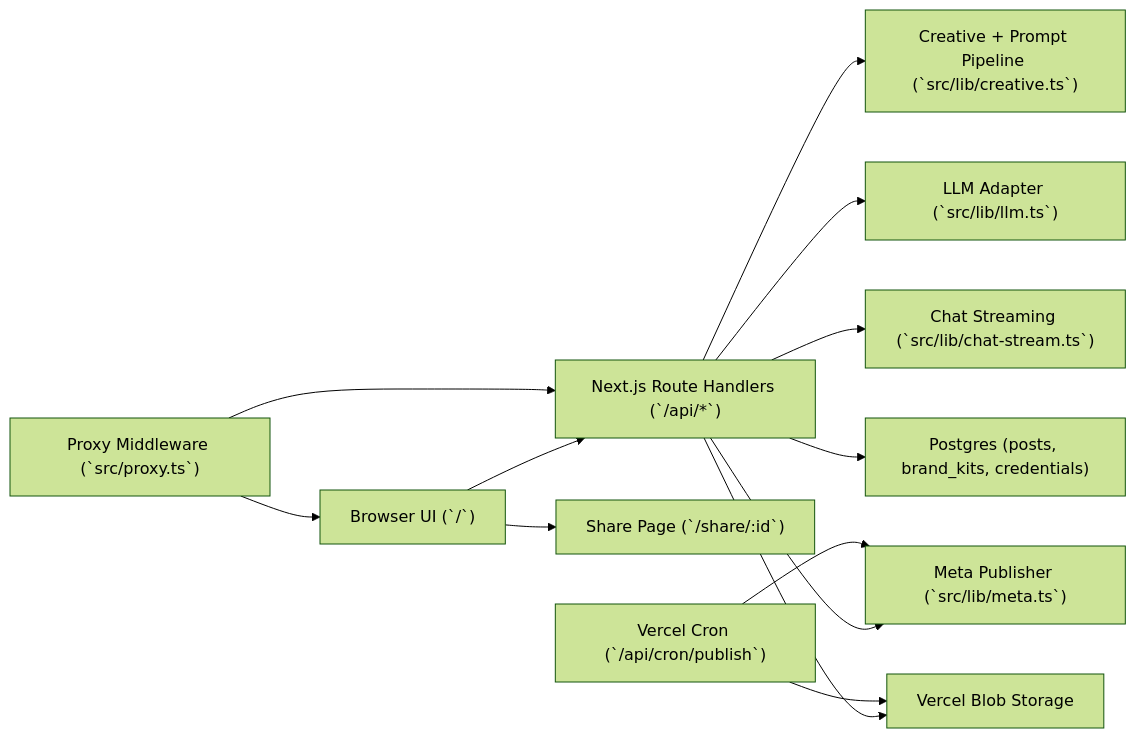
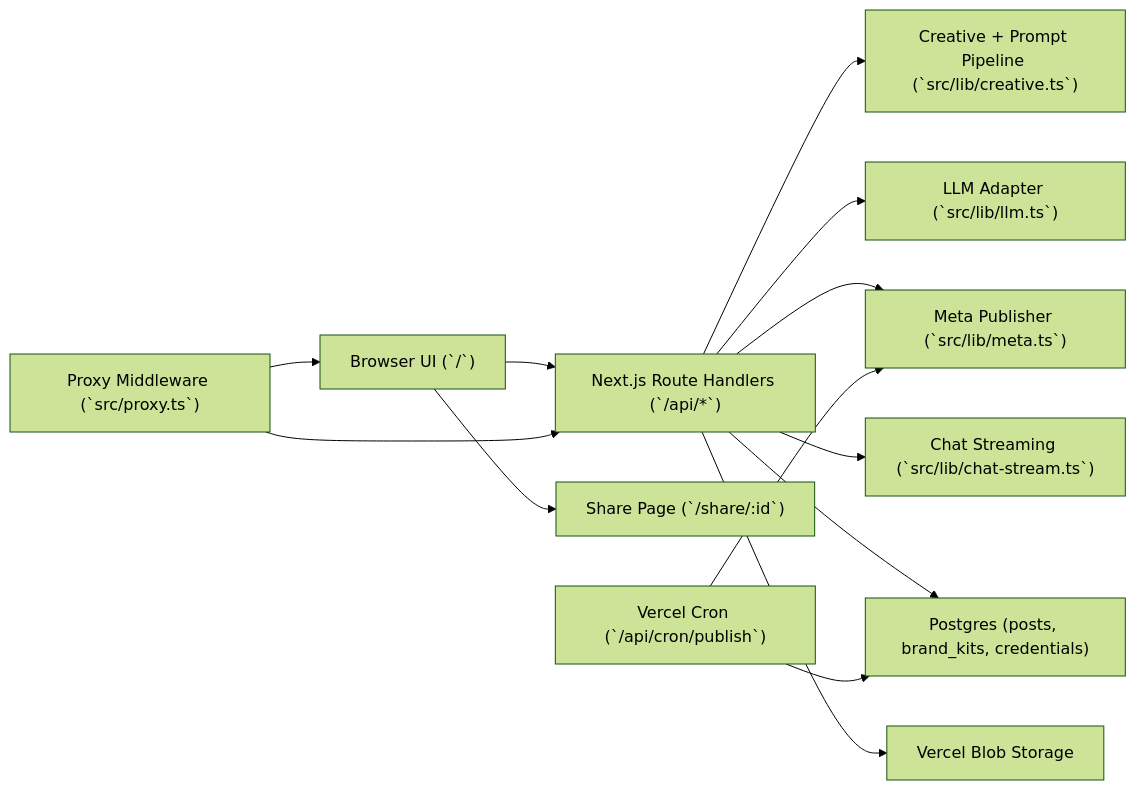
The diagram in docs/architecture.md (3twos/ig-poster), drawn with Mermaid (forest theme) before and after one commit. The commit also changed other lines of this file and 18 other files, not shown here.

````diff
--- a/docs/architecture.md
+++ b/docs/architecture.md
@@ -13,15 +13,15 @@
 ```mermaid
 flowchart LR
   U["Browser UI (`/`)"] --> API["Next.js Route Handlers (`/api/*`)"]
   U --> SHARE["Share Page (`/share/:id`)"]
   API --> CREATIVE["Creative + Prompt Pipeline (`src/lib/creative.ts`)"]
   API --> LLM["LLM Adapter (`src/lib/llm.ts`)"]
   API --> META["Meta Publisher (`src/lib/meta.ts`)"]
   API --> CHAT["Chat Streaming (`src/lib/chat-stream.ts`)"]
   API --> PG["Postgres (posts, brand_kits, credentials)"]
   API --> BLOB["Vercel Blob Storage"]
-  CRON["Vercel Cron (`/api/cron/publish`)"] --> BLOB
+  CRON["Vercel Cron (`/api/cron/publish`)"] --> PG
   CRON --> META
   MW["Proxy Middleware (`src/proxy.ts`)"] --> U
   MW --> API
 ```
````
